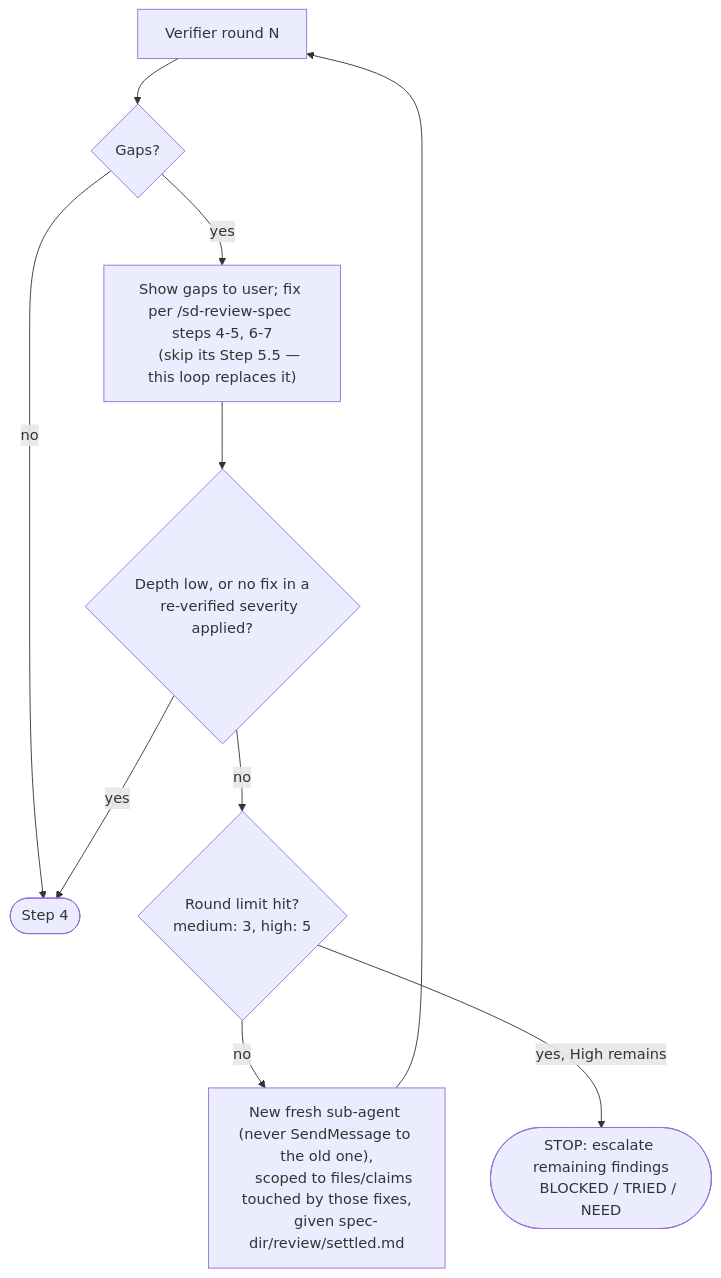
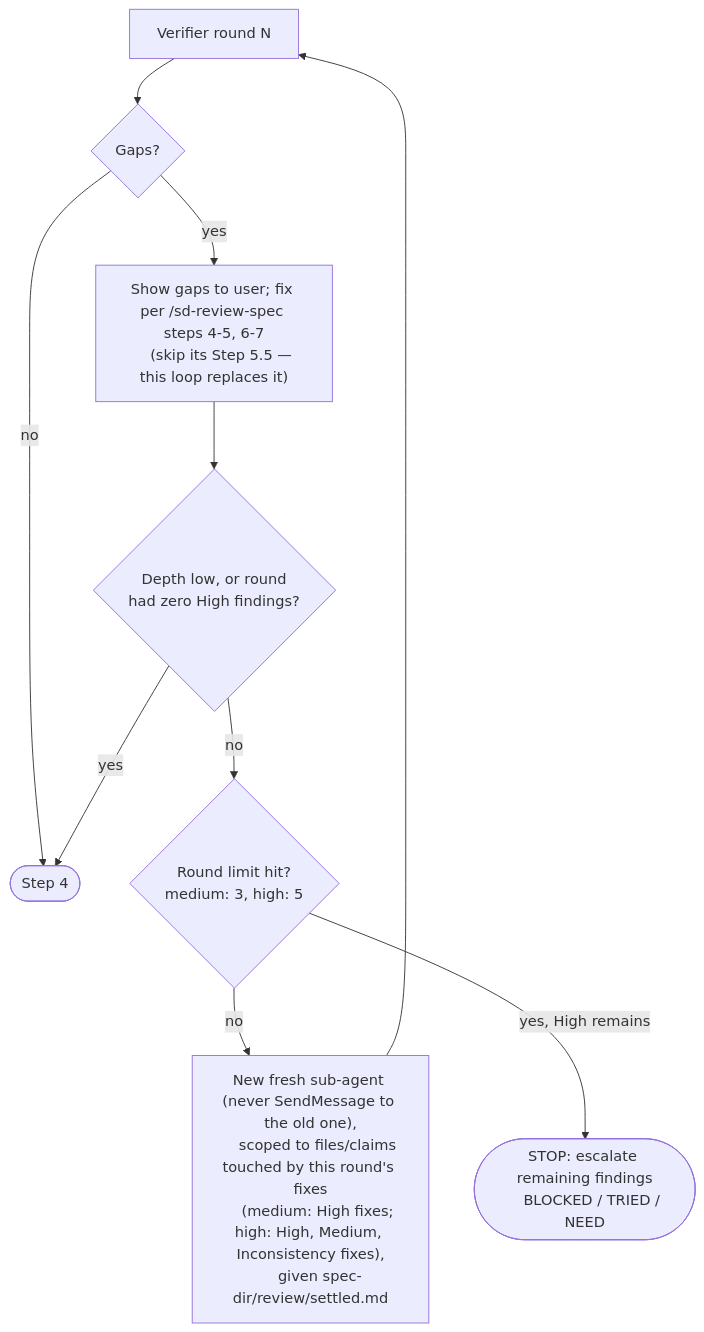
Before and after one commit to Ronnasayd/aipp: the diagram in skills/sd-planning/references/verifier-pass.md, drawn with Mermaid. The commit also changed other lines of this file and 1 other file, not shown here.

First line of the commit message:
fix(sd-planning): stop high-depth verifier loop at zero High

````diff
--- a/skills/sd-planning/references/verifier-pass.md
+++ b/skills/sd-planning/references/verifier-pass.md
@@ -24,17 +24,18 @@
 ```mermaid
 flowchart TD
     R["Verifier round N"] --> G{"Gaps?"}
     G -- no --> Done([Step 4])
     G -- yes --> F["Show gaps to user; fix per /sd-review-spec steps 4-5, 6-7
     (skip its Step 5.5 — this loop replaces it)"]
-    F --> Q{"Depth low, or no fix in a
-    re-verified severity applied?"}
+    F --> Q{"Depth low, or round
+    had zero High findings?"}
     Q -- yes --> Done
     Q -- no --> H{"Round limit hit?
     medium: 3, high: 5"}
     H -- no --> R2["New fresh sub-agent (never SendMessage to the old one),
-    scoped to files/claims touched by those fixes,
+    scoped to files/claims touched by this round's fixes
+    (medium: High fixes; high: High, Medium, Inconsistency fixes),
     given spec-dir/review/settled.md"] --> R
     H -- "yes, High remains" --> E([STOP: escalate remaining findings
     BLOCKED / TRIED / NEED])
 ```
````
